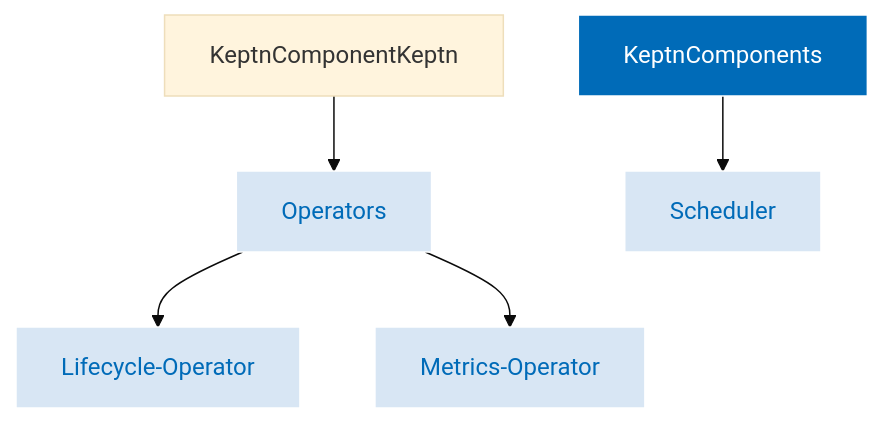
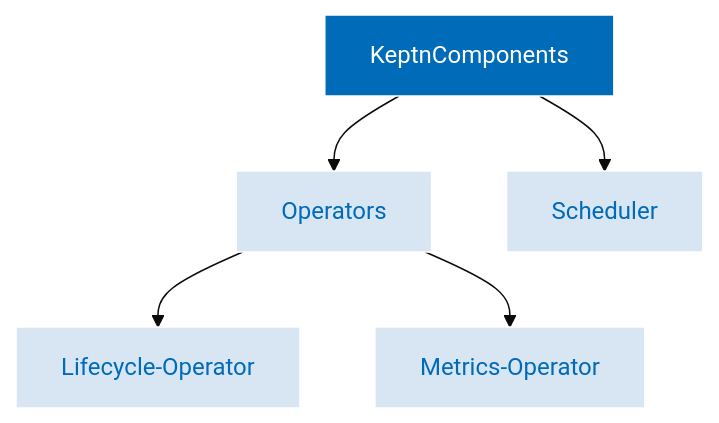
Before and after one commit to keptn/lifecycle-toolkit: the diagram in docs/content/en/docs/concepts/architecture/components/_index.md, drawn with Mermaid (base theme). The commit also changed 1 other file, not shown here.

Commit message:
adapt graph

````diff
--- a/docs/content/en/docs/concepts/architecture/components/_index.md
+++ b/docs/content/en/docs/concepts/architecture/components/_index.md
@@ -19,12 +19,12 @@
 ```mermaid
 graph TD;
-    KeptnComponentKeptn-->Operators;
+    KeptnComponents-->Operators;
     KeptnComponents-->Scheduler
    Operators-->Lifecycle-Operator
    Operators-->Metrics-Operator
 style KeptnComponents fill:#006bb8,stroke:#fff,stroke-width:px,color:#fff
 style Operators fill:#d8e6f4,stroke:#fff,stroke-width:px,color:#006bb8
 style Scheduler fill:#d8e6f4,stroke:#fff,stroke-width:px,color:#006bb8
 style Lifecycle-Operator fill:#d8e6f4,stroke:#fff,stroke-width:px,color:#006bb8
 style Metrics-Operator fill:#d8e6f4,stroke:#fff,stroke-width:px,color:#006bb8
 ```
````
